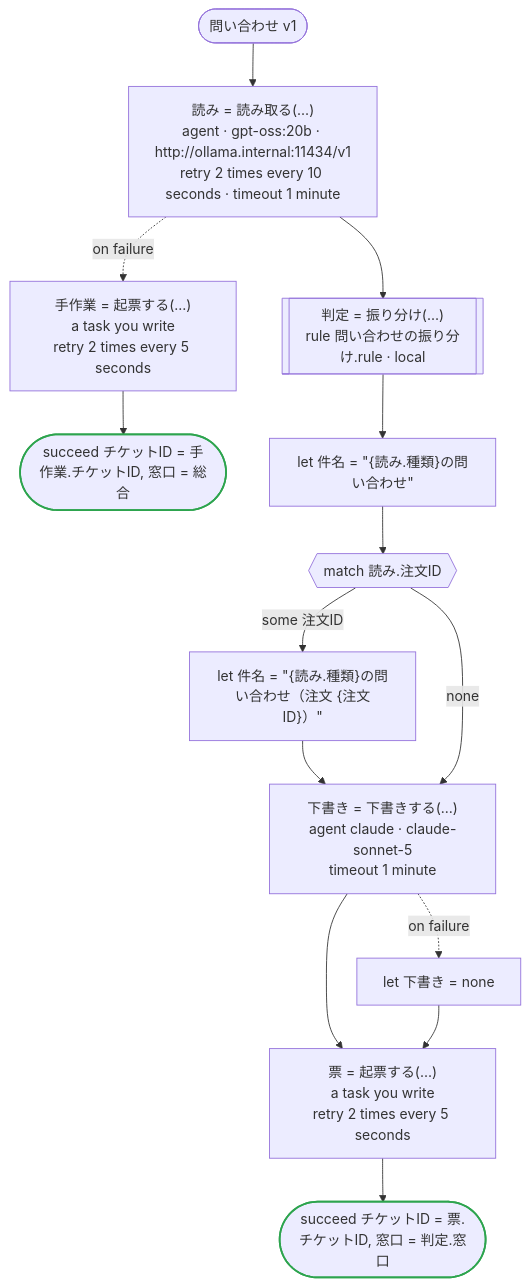
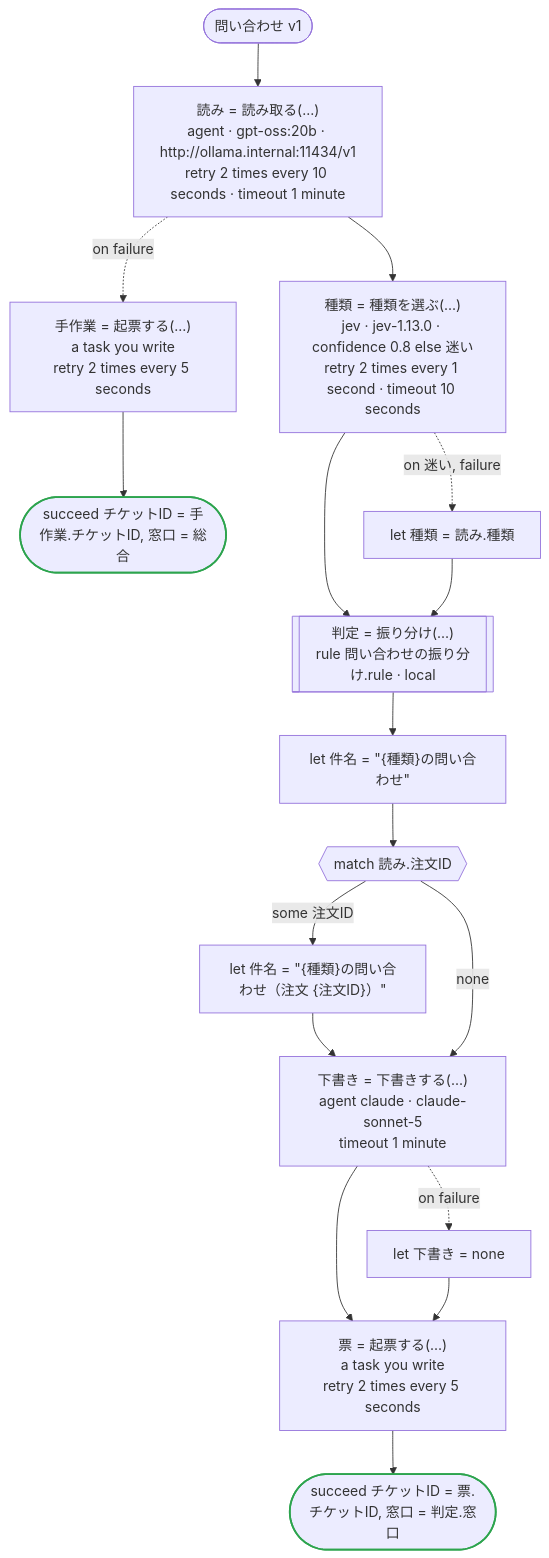
One commit to i2y/ritsu changed the diagram in crates/dandori/tests/doc/examples-inquiry-temporal-inquiry-ja.en.md. Above: the diagram before and after it, drawn with Mermaid. The commit also changed other lines of this file and 143 other files, not shown here.

First line of the commit message:
feat: let a task ask TypeSafe's Jev

````diff
--- a/crates/dandori/tests/doc/examples-inquiry-temporal-inquiry-ja.en.md
+++ b/crates/dandori/tests/doc/examples-inquiry-temporal-inquiry-ja.en.md
@@ -9,31 +9,36 @@
 ```mermaid
 flowchart TD
     start(["問い合わせ v1"])
     s1["読み = 読み取る(…)<br>agent · gpt-oss:20b · http://ollama.internal:11434/v1<br>retry 2 times every 10 seconds · timeout 1 minute"]
     s2["手作業 = 起票する(…)<br>a task you write<br>retry 2 times every 5 seconds"]
     s3(["succeed チケットID = 手作業.チケットID, 窓口 = 総合"])
-    s4[["判定 = 振り分け(…)<br>rule 問い合わせの振り分け.rule · local"]]
-    s5["let 件名 = #quot;{読み.種類}の問い合わせ#quot;"]
-    s6{{"match 読み.注文ID"}}
-    s7["let 件名 = #quot;{読み.種類}の問い合わせ（注文 {注文ID}）#quot;"]
-    s9["下書き = 下書きする(…)<br>agent claude · claude-sonnet-5<br>timeout 1 minute"]
-    s10["let 下書き = none"]
-    s11["票 = 起票する(…)<br>a task you write<br>retry 2 times every 5 seconds"]
-    s12(["succeed チケットID = 票.チケットID, 窓口 = 判定.窓口"])
+    s4["種類 = 種類を選ぶ(…)<br>jev · jev-1.13.0 · confidence 0.8 else 迷い<br>retry 2 times every 1 second · timeout 10 seconds"]
+    s5["let 種類 = 読み.種類"]
+    s6[["判定 = 振り分け(…)<br>rule 問い合わせの振り分け.rule · local"]]
+    s7["let 件名 = #quot;{種類}の問い合わせ#quot;"]
+    s8{{"match 読み.注文ID"}}
+    s9["let 件名 = #quot;{種類}の問い合わせ（注文 {注文ID}）#quot;"]
+    s11["下書き = 下書きする(…)<br>agent claude · claude-sonnet-5<br>timeout 1 minute"]
+    s12["let 下書き = none"]
+    s13["票 = 起票する(…)<br>a task you write<br>retry 2 times every 5 seconds"]
+    s14(["succeed チケットID = 票.チケットID, 窓口 = 判定.窓口"])
     start --> s1
     s1 -.->|"on failure"| s2
     s2 --> s3
     s1 --> s4
-    s4 --> s5
+    s4 -.->|"on 迷い, failure"| s5
+    s4 --> s6
     s5 --> s6
-    s6 -->|"some 注文ID"| s7
-    s7 --> s9
-    s6 -->|"none"| s9
-    s9 -.->|"on failure"| s10
+    s6 --> s7
+    s7 --> s8
+    s8 -->|"some 注文ID"| s9
     s9 --> s11
-    s10 --> s11
-    s11 --> s12
+    s8 -->|"none"| s11
+    s11 -.->|"on failure"| s12
+    s11 --> s13
+    s12 --> s13
+    s13 --> s14
     classDef ok stroke:#2da44e,stroke-width:2px
     classDef bad stroke:#cf222e,stroke-width:2px
-    class s3,s12 ok
+    class s3,s14 ok
 ```
````
